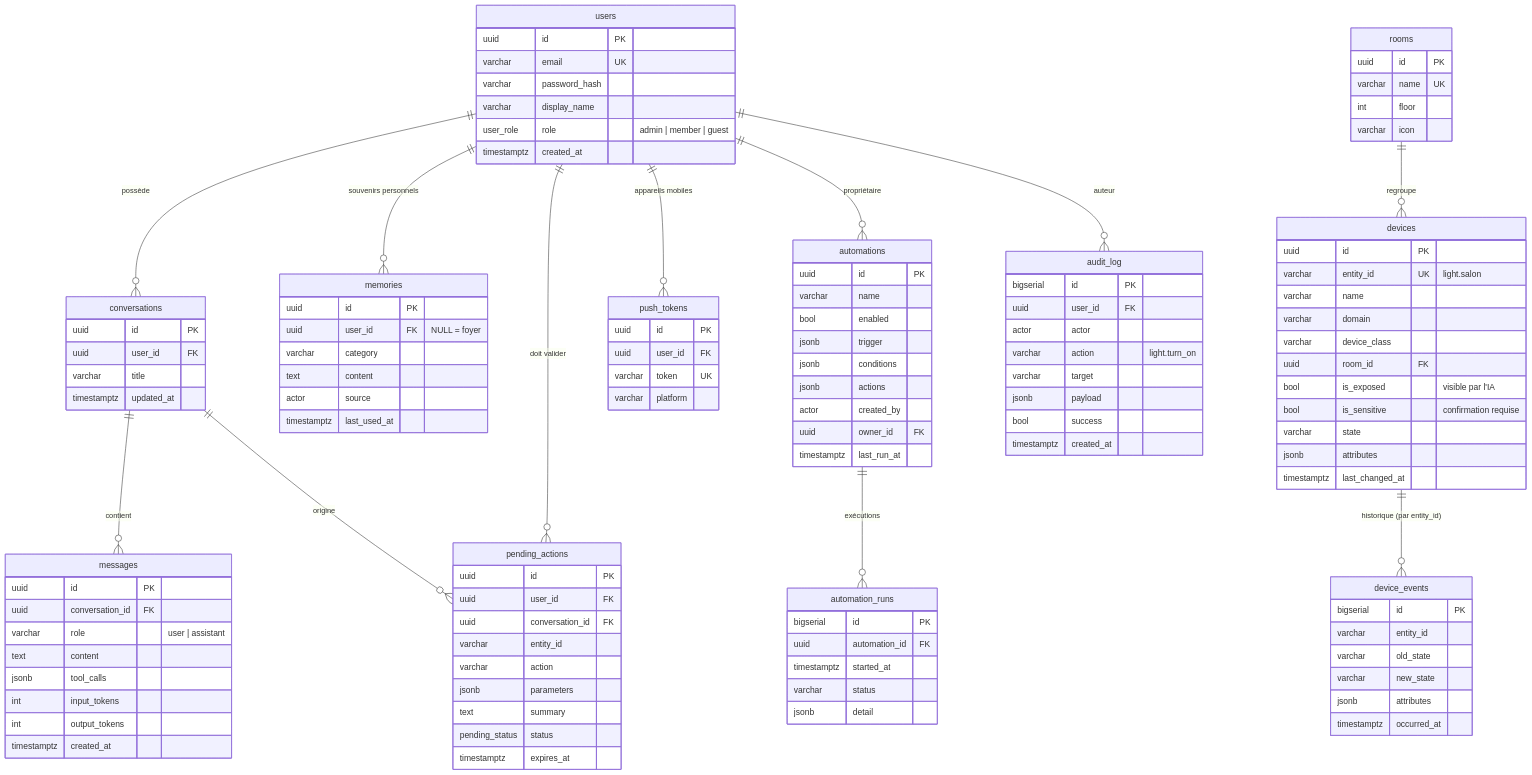
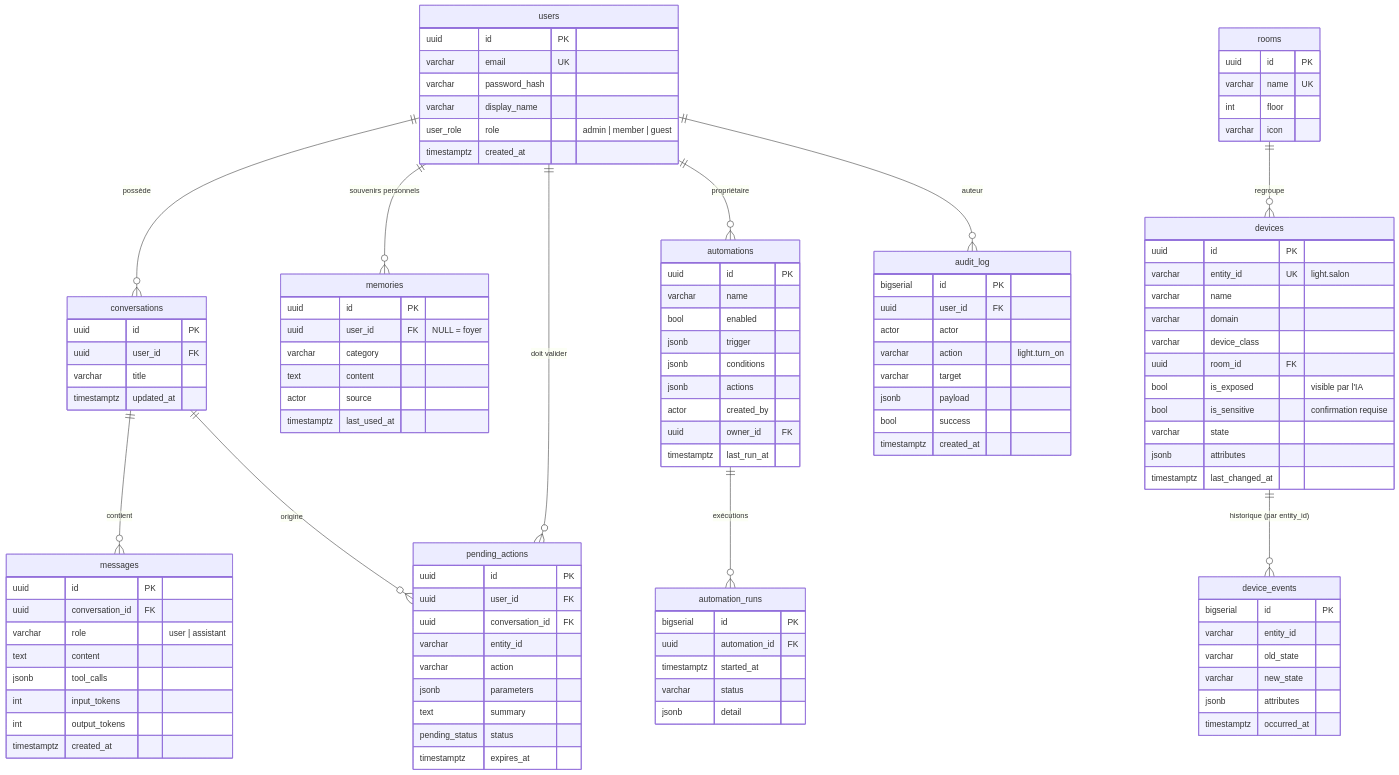
The diagram in docs/DATABASE.md (avaury70-cell/aide-ia-), drawn with Mermaid before and after one commit. The commit also changed other lines of this file and 82 other files, not shown here.

```diff
--- a/docs/DATABASE.md
+++ b/docs/DATABASE.md
@@ -10,7 +10,6 @@
     users ||--o{ conversations : "possède"
     users ||--o{ memories : "souvenirs personnels"
     users ||--o{ pending_actions : "doit valider"
-    users ||--o{ push_tokens : "appareils mobiles"
     users ||--o{ automations : "propriétaire"
     users ||--o{ audit_log : "auteur"
     conversations ||--o{ messages : "contient"
@@ -107,12 +106,6 @@
         varchar status
         jsonb detail
     }
-    push_tokens {
-        uuid id PK
-        uuid user_id FK
-        varchar token UK
-        varchar platform
-    }
     audit_log {
         bigserial id PK
         uuid user_id FK
```
